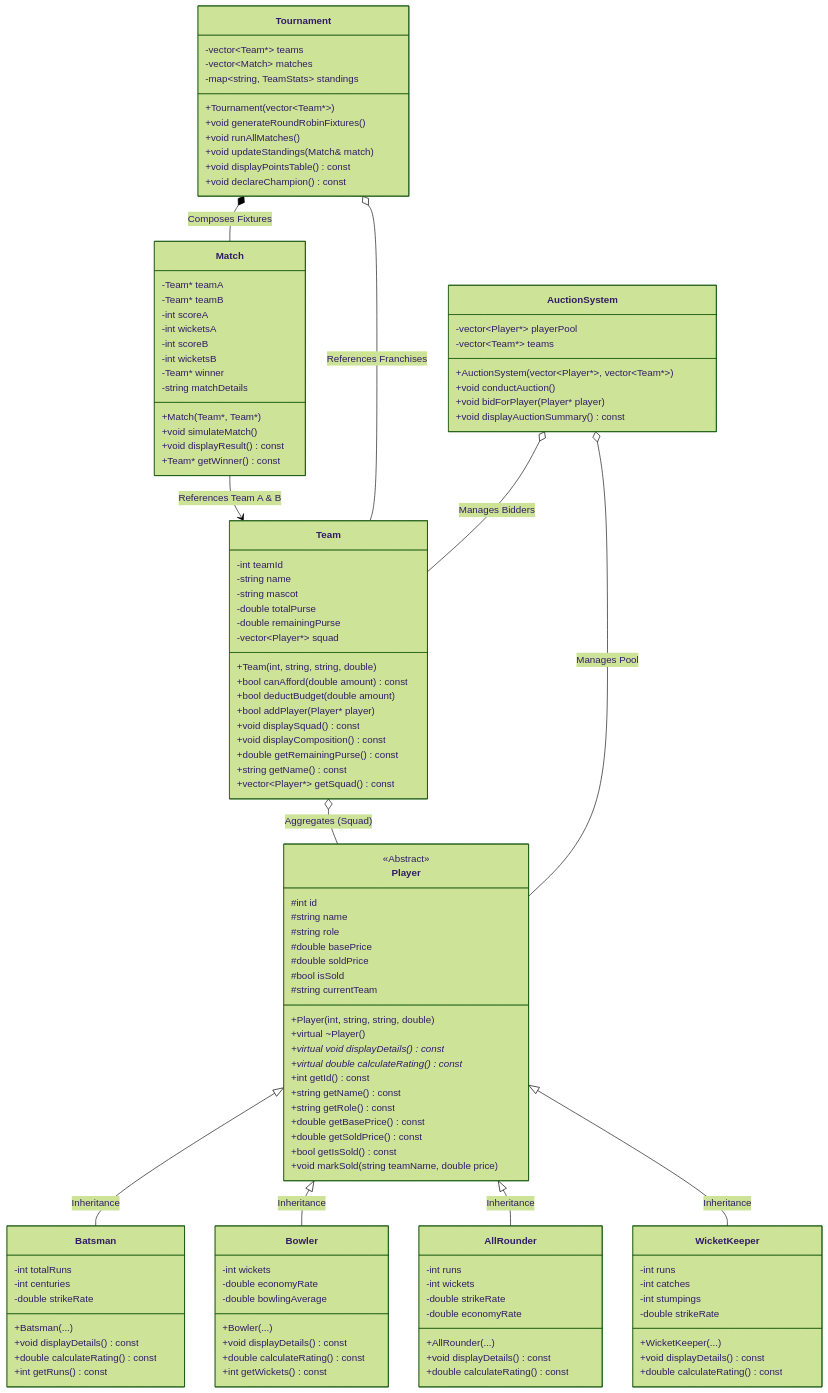
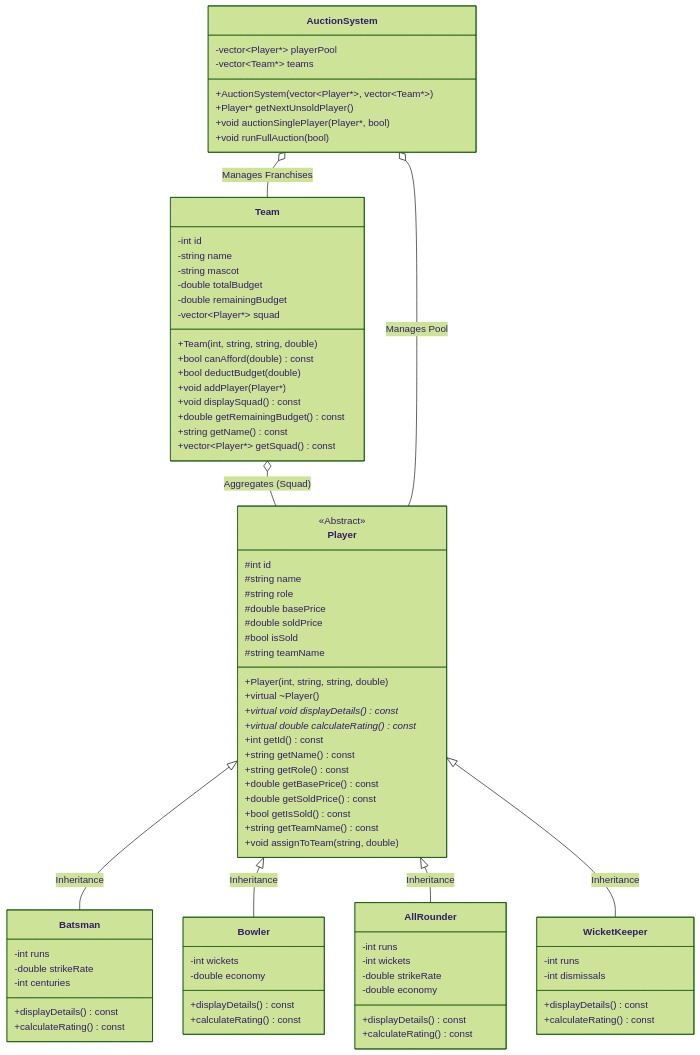
Before and after one commit to sumitmule86-netizen/IOOP-project: the second of 3 diagrams in README.md, drawn with Mermaid (forest theme). The commit also changed other lines of this file and 2 other files, not shown here.

Commit message:
Refactor to pure Player Auction Management System: remove tournament module and streamline code

````diff
--- a/README.md
+++ b/README.md
@@ -123,7 +104,7 @@
         #double basePrice
         #double soldPrice
         #bool isSold
-        #string currentTeam
+        #string teamName
         +Player(int, string, string, double)
         +virtual ~Player()
         +virtual void displayDetails() const*
@@ -134,47 +115,39 @@
         +double getBasePrice() const
         +double getSoldPrice() const
         +bool getIsSold() const
-        +void markSold(string teamName, double price)
+        +string getTeamName() const
+        +void assignToTeam(string, double)
     }
 
     class Batsman {
-        -int totalRuns
+        -int runs
+        -double strikeRate
         -int centuries
-        -double strikeRate
-        +Batsman(...)
-        +void displayDetails() const
-        +double calculateRating() const
-        +int getRuns() const
+        +displayDetails() const
+        +calculateRating() const
     }
 
     class Bowler {
         -int wickets
-        -double economyRate
-        -double bowlingAverage
-        +Bowler(...)
-        +void displayDetails() const
-        +double calculateRating() const
-        +int getWickets() const
+        -double economy
+        +displayDetails() const
+        +calculateRating() const
     }
 
     class AllRounder {
         -int runs
         -int wickets
         -double strikeRate
-        -double economyRate
-        +AllRounder(...)
-        +void displayDetails() const
-        +double calculateRating() const
+        -double economy
+        +displayDetails() const
+        +calculateRating() const
     }
 
     class WicketKeeper {
         -int runs
-        -int catches
-        -int stumpings
-        -double strikeRate
-        +WicketKeeper(...)
-        +void displayDetails() const
-        +double calculateRating() const
+        -int dismissals
+        +displayDetails() const
+        +calculateRating() const
     }
 
     Player <|-- Batsman : Inheritance
@@ -183,66 +156,33 @@
     Player <|-- WicketKeeper : Inheritance
 
     class Team {
-        -int teamId
+        -int id
         -string name
         -string mascot
-        -double totalPurse
-        -double remainingPurse
+        -double totalBudget
+        -double remainingBudget
         -vector~Player*~ squad
         +Team(int, string, string, double)
-        +bool canAfford(double amount) const
-        +bool deductBudget(double amount)
-        +bool addPlayer(Player* player)
+        +bool canAfford(double) const
+        +bool deductBudget(double)
+        +void addPlayer(Player*)
         +void displaySquad() const
-        +void displayComposition() const
-        +double getRemainingPurse() const
+        +double getRemainingBudget() const
         +string getName() const
         +vector~Player*~ getSquad() const
     }
 
     Team o-- Player : Aggregates (Squad)
 
-    class Match {
-        -Team* teamA
-        -Team* teamB
-        -int scoreA
-        -int wicketsA
-        -int scoreB
-        -int wicketsB
-        -Team* winner
-        -string matchDetails
-        +Match(Team*, Team*)
-        +void simulateMatch()
-        +void displayResult() const
-        +Team* getWinner() const
-    }
-
-    Match --> Team : References Team A & B
-
-    class Tournament {
-        -vector~Team*~ teams
-        -vector~Match~ matches
-        -map~string, TeamStats~ standings
-        +Tournament(vector~Team*~)
-        +void generateRoundRobinFixtures()
-        +void runAllMatches()
-        +void updateStandings(Match& match)
-        +void displayPointsTable() const
-        +void declareChampion() const
-    }
-
-    Tournament *-- Match : Composes Fixtures
-    Tournament o-- Team : References Franchises
-
     class AuctionSystem {
         -vector~Player*~ playerPool
         -vector~Team*~ teams
         +AuctionSystem(vector~Player*~, vector~Team*~)
-        +void conductAuction()
-        +void bidForPlayer(Player* player)
-        +void displayAuctionSummary() const
+        +Player* getNextUnsoldPlayer()
+        +void auctionSinglePlayer(Player*, bool)
+        +void runFullAuction(bool)
     }
 
     AuctionSystem o-- Player : Manages Pool
-    AuctionSystem o-- Team : Manages Bidders
+    AuctionSystem o-- Team : Manages Franchises
 ```
````
